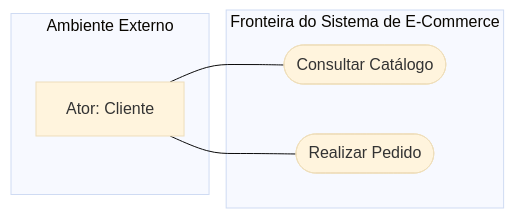
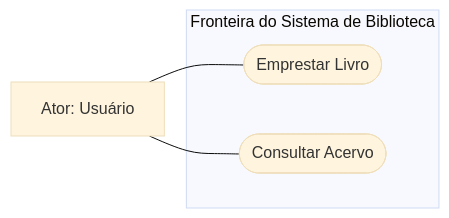
Before and after one commit to murilolol/unifef: the eighth of 24 diagrams in 4º Semestre/[Prof. Wesley Soares] Engenharia de Software II/Resumos-IA/Simulados-Comentados.md, drawn with Mermaid (base theme). The commit also changed other lines of this file and 58 other files, not shown here.

````diff
--- a/4º Semestre/[Prof. Wesley Soares] Engenharia de Software II/Resumos-IA/Simulados-Comentados.md
+++ b/4º Semestre/[Prof. Wesley Soares] Engenharia de Software II/Resumos-IA/Simulados-Comentados.md
@@ -608,14 +293,9 @@
 ```mermaid
 flowchart LR
-    subgraph ForaDoSistema["Ambiente Externo"]
-        Ator["Ator: Cliente"]
+    subgraph Sistema["Fronteira do Sistema de Biblioteca"]
+        UC1(["Emprestar Livro"])
+        UC2(["Consultar Acervo"])
     end
-
-    subgraph FronteiraSistema["Fronteira do Sistema de E-Commerce"]
-        UC1(["Consultar Catálogo"])
-        UC2(["Realizar Pedido"])
-    end
-
-    Ator --- UC1
-    Ator --- UC2
+    Usuario["Ator: Usuário"] --- UC1
+    Usuario --- UC2
 ```
````
